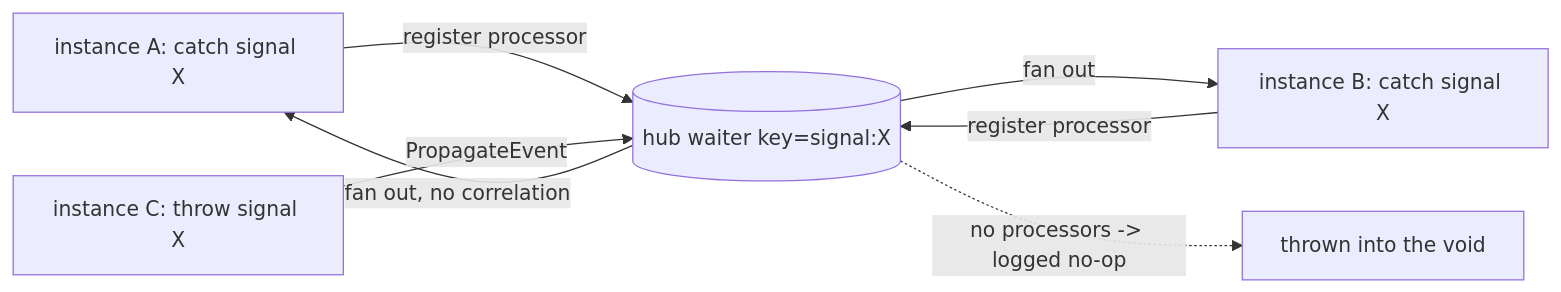
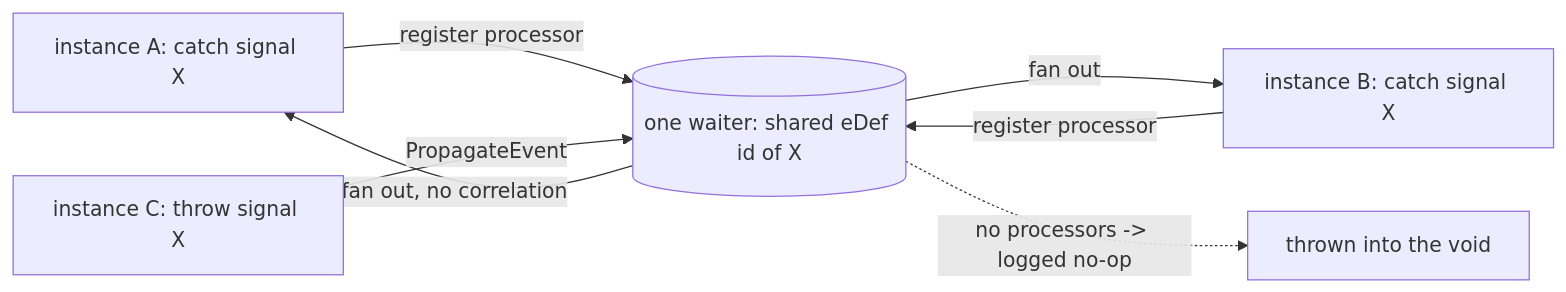
One commit to dr-dobermann/gobpm changed the diagram in docs/srd/SRD-020-signal-events.md. Above: the diagram before and after it, drawn with Mermaid. The commit also changed other lines of this file and 8 other files, not shown here.

First line of the commit message:
feat: signal events — broadcast catch & throw (SRD-020 M2)

````diff
--- a/docs/srd/SRD-020-signal-events.md
+++ b/docs/srd/SRD-020-signal-events.md
@@ -98,9 +108,9 @@
 ```mermaid
 flowchart LR
-  TA[instance A: catch signal X] -->|register processor| W[(hub waiter key=signal:X)]
+  TA[instance A: catch signal X] -->|register processor| W[(one waiter: shared eDef id of X)]
   TB[instance B: catch signal X] -->|register processor| W
   THR[instance C: throw signal X] -->|PropagateEvent| W
   W -->|fan out, no correlation| TA
   W -->|fan out| TB
   W -.->|no processors -> logged no-op| VOID[thrown into the void]
 ```
````
